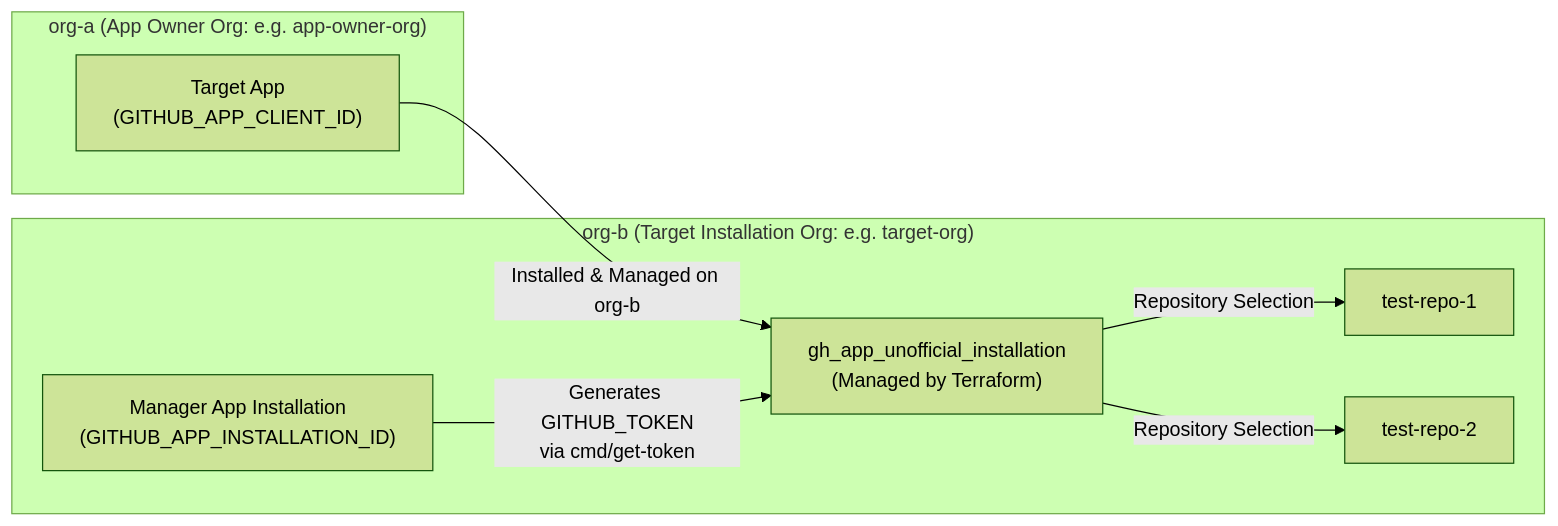
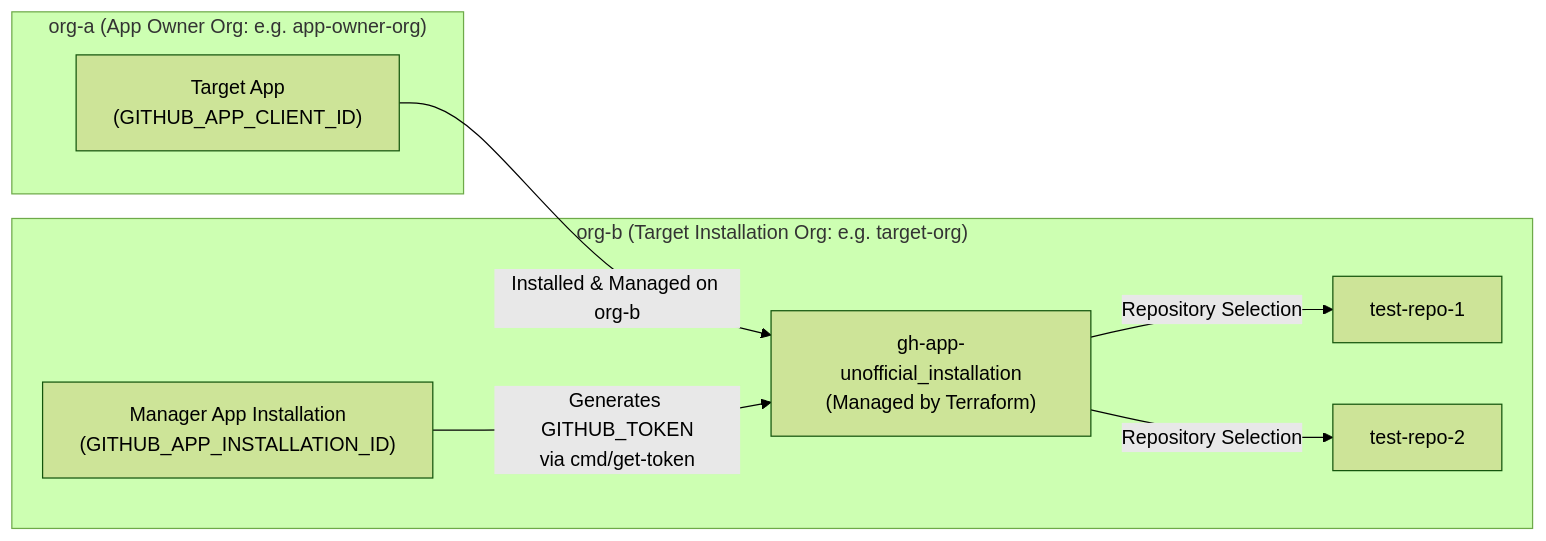
The diagram in DEVELOPMENT.md (google/terraform-provider-gh-app-unofficial), drawn with Mermaid (forest theme) before and after one commit. The commit also changed other lines of this file and 11 other files, not shown here.

Commit message:
more changes to gh-app-unofficial

````diff
--- a/DEVELOPMENT.md
+++ b/DEVELOPMENT.md
@@ -30,18 +30,18 @@
 ```mermaid
 graph LR
     subgraph ORG_A ["org-a (App Owner Org: e.g. app-owner-org)"]
         T_APP["Target App<br/>(GITHUB_APP_CLIENT_ID)"]
     end
 
     subgraph ORG_B ["org-b (Target Installation Org: e.g. target-org)"]
-        INST["gh_app_unofficial_installation<br/>(Managed by Terraform)"]
+        INST["gh-app-unofficial_installation<br/>(Managed by Terraform)"]
         TR1["test-repo-1"]
         TR2["test-repo-2"]
         M_INST["Manager App Installation<br/>(GITHUB_APP_INSTALLATION_ID)"]
     end
 
     T_APP -->|"Installed & Managed on org-b"| INST
     INST -->|"Repository Selection"| TR1
     INST -->|"Repository Selection"| TR2
     M_INST -->|"Generates GITHUB_TOKEN<br/>via cmd/get-token"| INST
 ```
````
